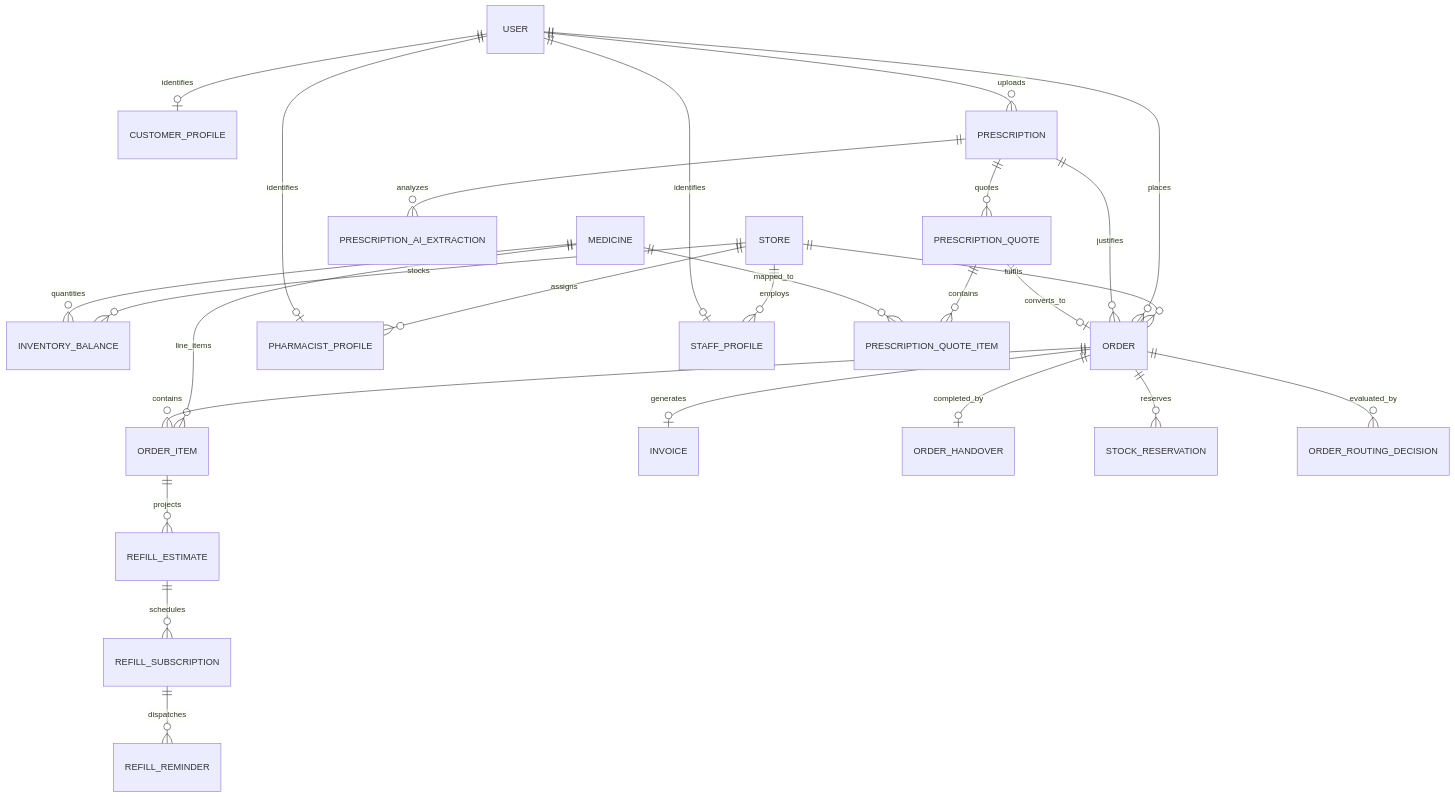
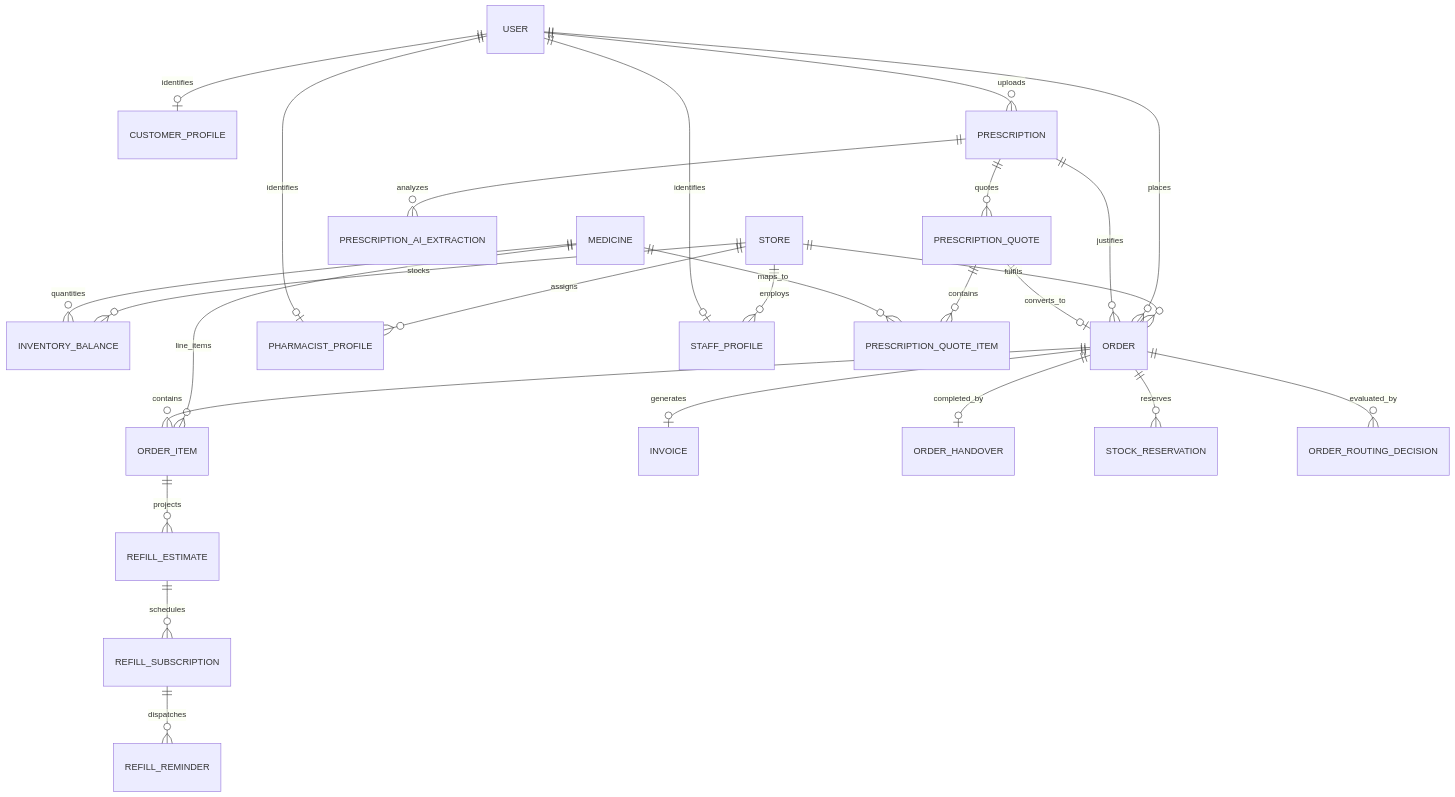
Before and after one commit to Anujanthwal-dotcom/assignment-isocode-labs: the second of 6 diagrams in technical_design_document.md, drawn with Mermaid. The commit also changed other lines of this file, not shown here.

````diff
--- a/technical_design_document.md
+++ b/technical_design_document.md
@@ -220,34 +158,34 @@
 ```mermaid
 erDiagram
     STORE ||--o{ INVENTORY_BALANCE : stocks
     STORE ||--o{ ORDER : fulfils
     STORE ||--o{ PHARMACIST_PROFILE : assigns
     STORE ||--o{ STAFF_PROFILE : employs
 
     USER ||--o| CUSTOMER_PROFILE : identifies
     USER ||--o| PHARMACIST_PROFILE : identifies
     USER ||--o| STAFF_PROFILE : identifies
     USER ||--o{ PRESCRIPTION : uploads
     USER ||--o{ ORDER : places
 
     PRESCRIPTION ||--o{ PRESCRIPTION_AI_EXTRACTION : analyzes
     PRESCRIPTION ||--o{ PRESCRIPTION_QUOTE : quotes
     PRESCRIPTION ||--o{ ORDER : justifies
 
     PRESCRIPTION_QUOTE ||--o{ PRESCRIPTION_QUOTE_ITEM : contains
     PRESCRIPTION_QUOTE ||--o| ORDER : converts_to
 
     MEDICINE ||--o{ INVENTORY_BALANCE : quantities
     MEDICINE ||--o{ ORDER_ITEM : line_items
-    MEDICINE ||--o{ PRESCRIPTION_QUOTE_ITEM : mapped_to
+    MEDICINE ||--o{ PRESCRIPTION_QUOTE_ITEM : maps_to
 
     ORDER ||--o{ ORDER_ITEM : contains
     ORDER ||--o| INVOICE : generates
     ORDER ||--o| ORDER_HANDOVER : completed_by
     ORDER ||--o{ STOCK_RESERVATION : reserves
     ORDER ||--o{ ORDER_ROUTING_DECISION : evaluated_by
 
     ORDER_ITEM ||--o{ REFILL_ESTIMATE : projects
     REFILL_ESTIMATE ||--o{ REFILL_SUBSCRIPTION : schedules
     REFILL_SUBSCRIPTION ||--o{ REFILL_REMINDER : dispatches
 ```
````
